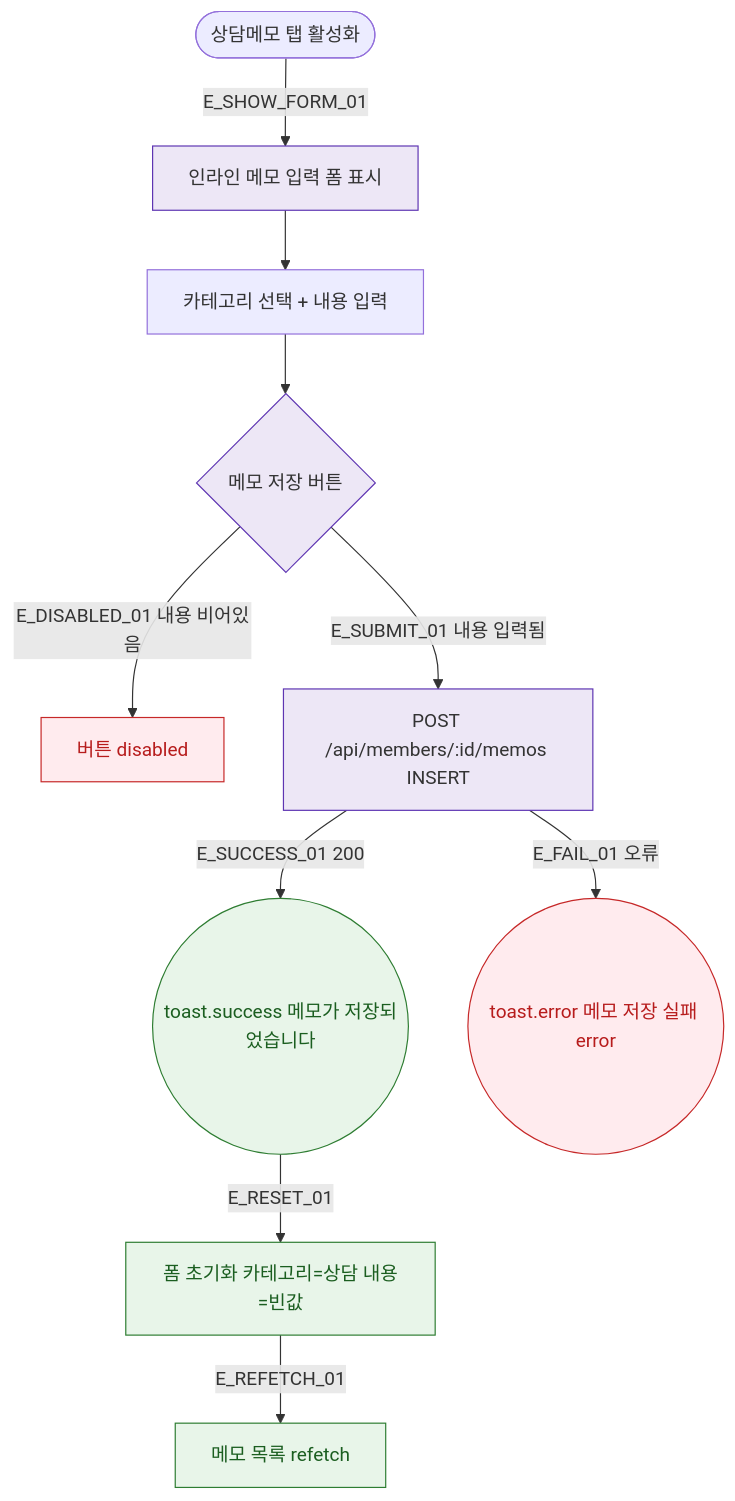
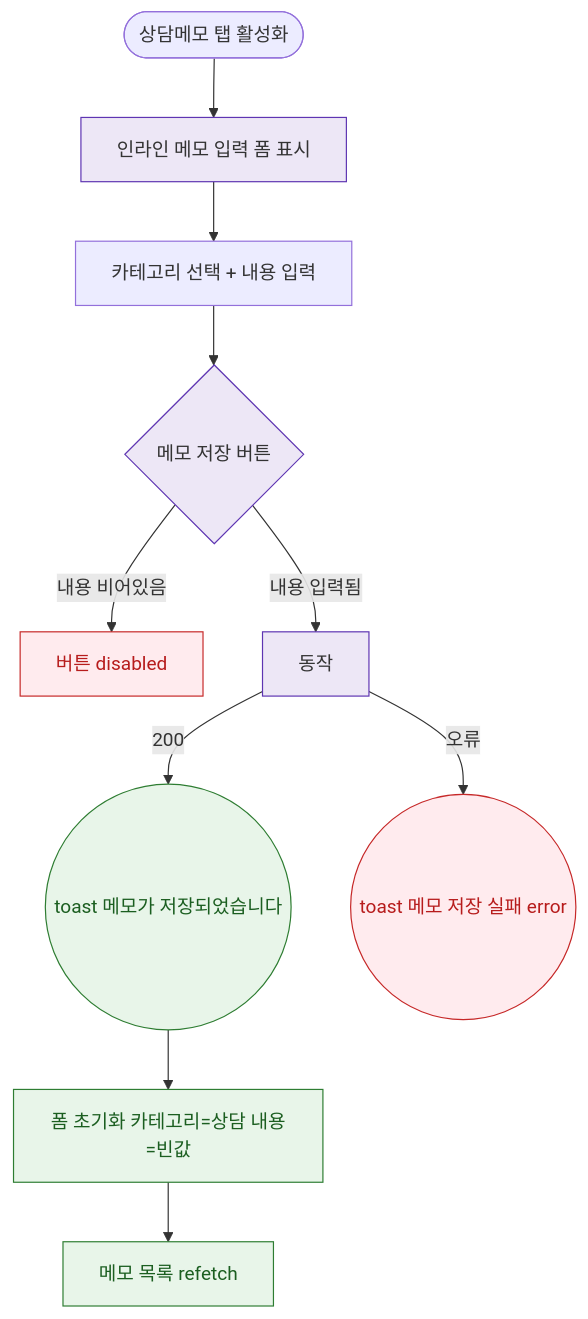
Before and after one commit to dev-spogym/admin-pando: the diagram in docs/다이어그램/D02_회원관리/DLG/DLG-M009_메모추가/M1_생명주기.md, drawn with Mermaid. The commit also changed other lines of this file and 1660 other files, not shown here.

First line of the commit message:
다이어그램: 기획자/클라이언트 납품본으로 정리

````diff
--- a/docs/다이어그램/D02_회원관리/DLG/DLG-M009_메모추가/M1_생명주기.md
+++ b/docs/다이어그램/D02_회원관리/DLG/DLG-M009_메모추가/M1_생명주기.md
@@ -22,26 +20,26 @@
 ```mermaid
 flowchart TD
   TAB([상담메모 탭 활성화])
 
-  TAB -->|E_SHOW_FORM_01| INLINE_FORM[인라인 메모 입력 폼 표시]
+  TAB --> INLINE_FORM[인라인 메모 입력 폼 표시]
   INLINE_FORM --> FILL[카테고리 선택 + 내용 입력]
 
   FILL --> BTN_SAVE{메모 저장 버튼}
 
-  BTN_SAVE -->|E_DISABLED_01 내용 비어있음| BTN_DISABLED[버튼 disabled]
-  BTN_SAVE -->|E_SUBMIT_01 내용 입력됨| API_CALL[POST /api/members/:id/memos INSERT]
+  BTN_SAVE -->|내용 비어있음|BTN_DISABLED[버튼 disabled]
+  BTN_SAVE -->|내용 입력됨|API_CALL[동작]
 
-  API_CALL -->|E_SUCCESS_01 200| TOAST_OK((toast.success 메모가 저장되었습니다))
-  TOAST_OK -->|E_RESET_01| RESET[폼 초기화 카테고리=상담 내용=빈값]
-  RESET    -->|E_REFETCH_01| REFETCH[메모 목록 refetch]
+  API_CALL -->|200|TOAST_OK((toast 메모가 저장되었습니다))
+  TOAST_OK --> RESET[폼 초기화 카테고리=상담 내용=빈값]
+  RESET --> REFETCH[메모 목록 refetch]
 
-  API_CALL -->|E_FAIL_01 오류| TOAST_ERR((toast.error 메모 저장 실패 error))
+  API_CALL -->|오류|TOAST_ERR((toast 메모 저장 실패 error))
 
   classDef success fill:#E8F5E9,stroke:#2E7D32,color:#1B5E20
-  classDef error   fill:#FFEBEE,stroke:#C62828,color:#B71C1C
-  classDef system  fill:#EDE7F6,stroke:#5E35B2
+  classDef error fill:#FFEBEE,stroke:#C62828,color:#B71C1C
+  classDef system fill:#EDE7F6,stroke:#5E35B2
 
   class TOAST_OK,RESET,REFETCH success
   class BTN_DISABLED,TOAST_ERR error
   class INLINE_FORM,BTN_SAVE,API_CALL system
 ```
````
